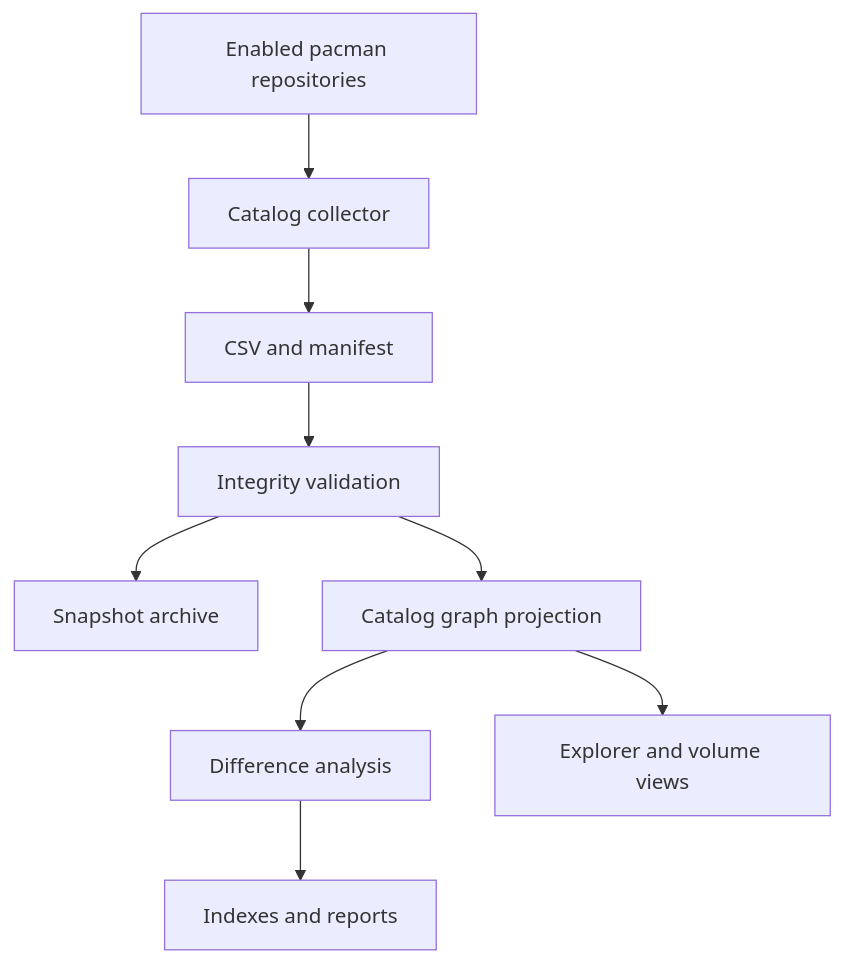
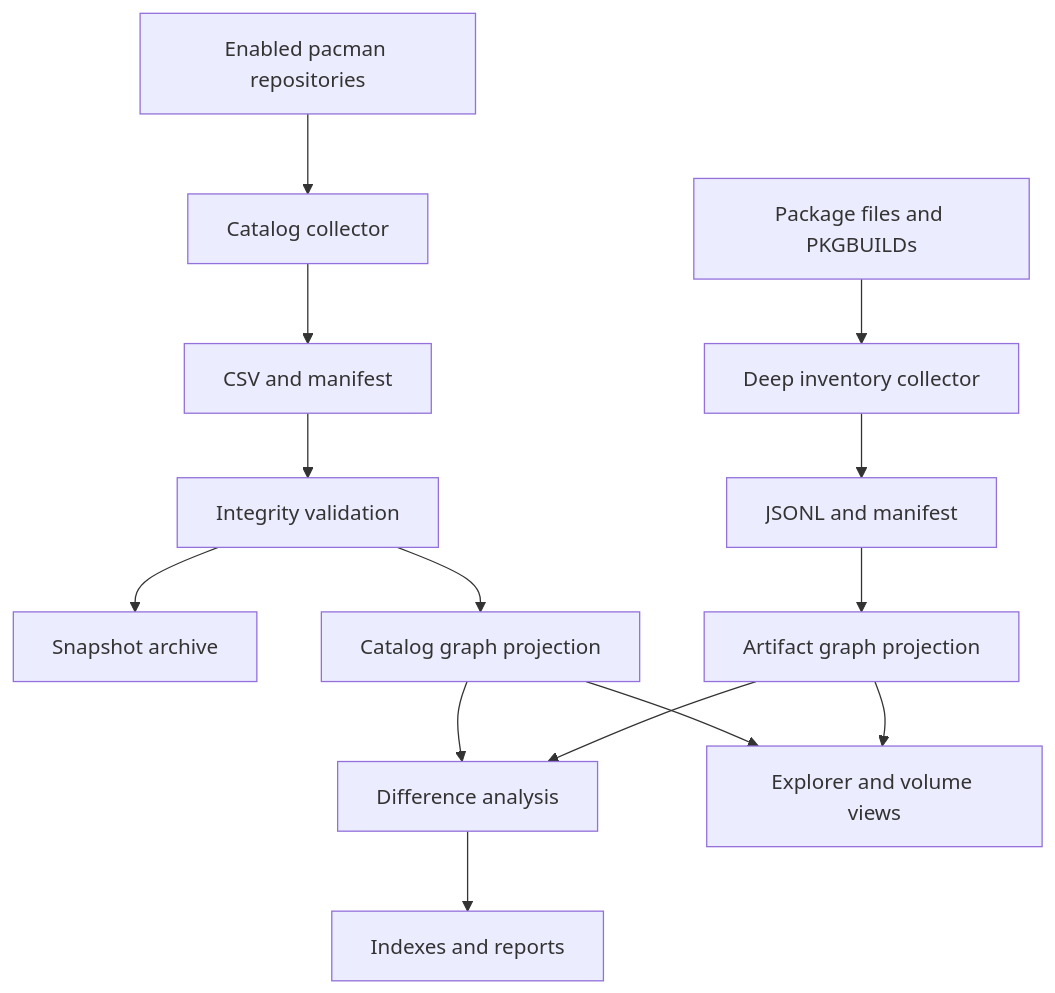
One commit to baileyrd/AKB changed the diagram in docs/SELF-UPDATING-KNOWLEDGE-BASE.md. Above: the diagram before and after it, drawn with Mermaid. The commit also changed other lines of this file and 14 other files, not shown here.

Commit message:
Add Bootstrap 0.3 deep inventory pipeline

````diff
--- a/docs/SELF-UPDATING-KNOWLEDGE-BASE.md
+++ b/docs/SELF-UPDATING-KNOWLEDGE-BASE.md
@@ -12,11 +12,16 @@
 ```mermaid
 flowchart TD
     A["Enabled pacman repositories"] --> B["Catalog collector"]
     B --> C["CSV and manifest"]
     C --> D["Integrity validation"]
     D --> E["Snapshot archive"]
     D --> F["Catalog graph projection"]
+    J["Package files and PKGBUILDs"] --> K["Deep inventory collector"]
+    K --> L["JSONL and manifest"]
+    L --> M["Artifact graph projection"]
     F --> G["Difference analysis"]
+    M --> G
     G --> H["Indexes and reports"]
     F --> I["Explorer and volume views"]
+    M --> I
 ```
````
